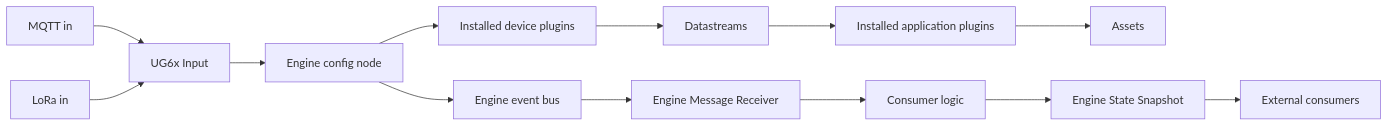
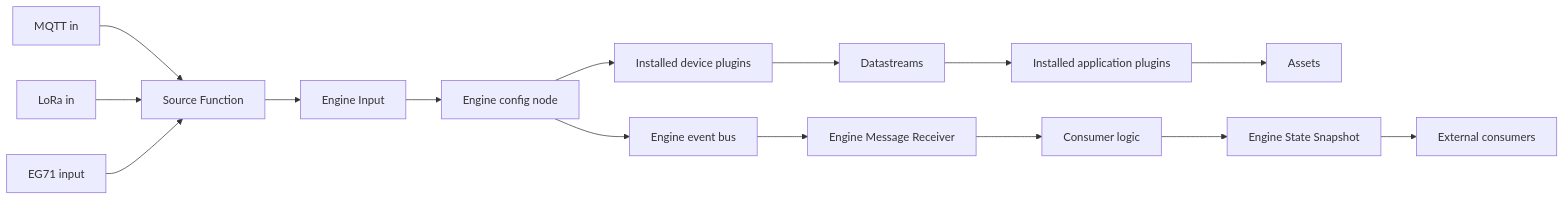
Before and after one commit to DmytroIE/real-time-insight-engine: the diagram in ARCHITECTURE.md, drawn with Mermaid. The commit also changed other lines of this file and 76 other files, not shown here.

````diff
--- a/ARCHITECTURE.md
+++ b/ARCHITECTURE.md
@@ -32,15 +32,17 @@
 ```mermaid
 flowchart LR
-  MQTT[MQTT in] --> IN[UG6x Input]
-  LORA[LoRa in] --> IN
+  MQTT[MQTT in] --> FN[Source Function]
+  LORA[LoRa in] --> FN
+  EG71[EG71 input] --> FN
+  FN --> IN[Engine Input]
     IN --> ENGINE[Engine config node]
     ENGINE --> DEVICE[Installed device plugins]
     DEVICE --> DS[Datastreams]
     DS --> APP[Installed application plugins]
     APP --> ASSET[Assets]
     ENGINE --> BUS[Engine event bus]
     BUS --> TAP[Engine Message Receiver]
     TAP --> LOGIC[Consumer logic]
     LOGIC --> SNAP[Engine State Snapshot]
     SNAP --> CONSUMERS[External consumers]
 ```
````
